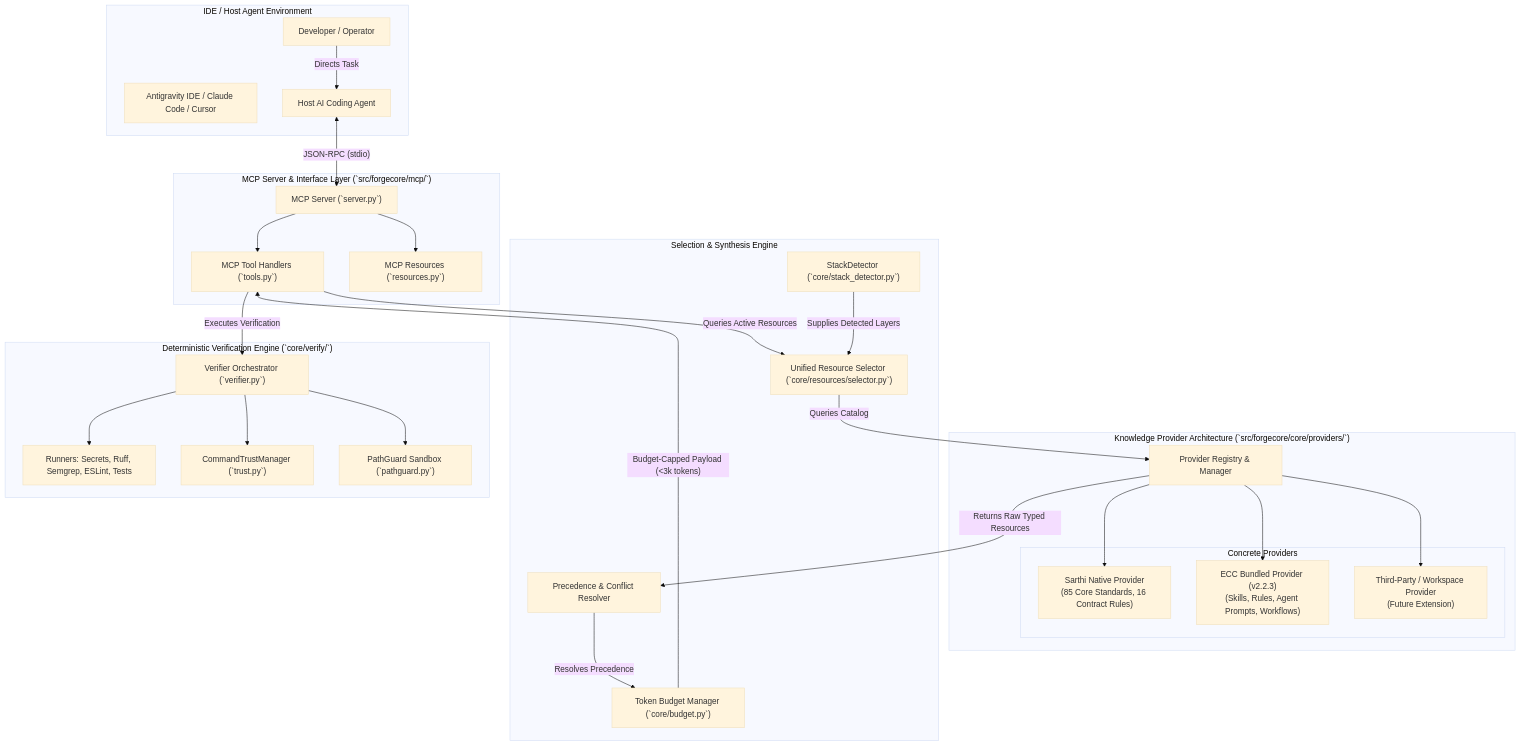
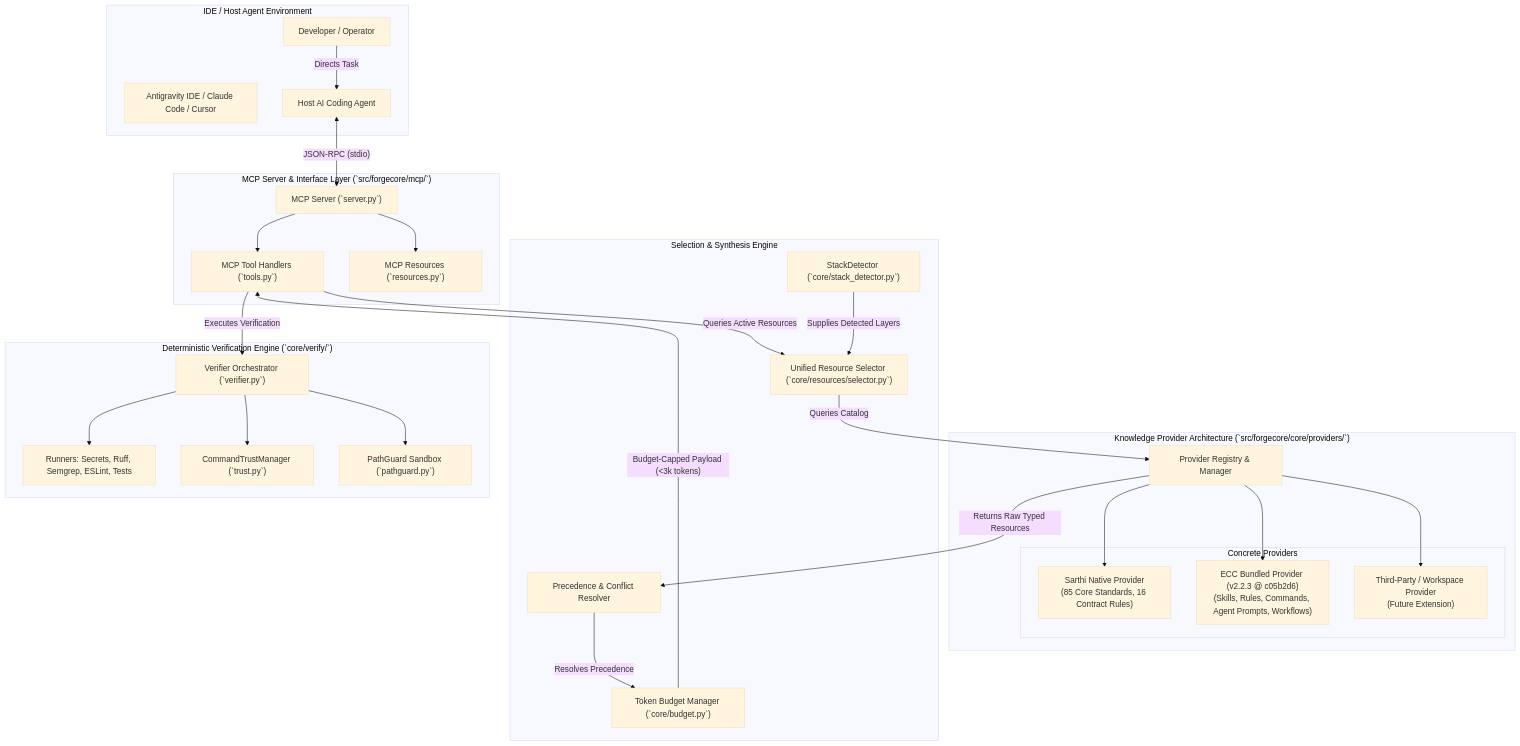
Before and after one commit to Mayurkhalse/ForgeCore: the first of 3 diagrams in docs/architecture/ECC_INTEGRATION_DESIGN.md, drawn with Mermaid (base theme). The commit also changed other lines of this file, not shown here.

Commit message:
docs(architecture): reconcile ECC integration design with verified commit and precedence

````diff
--- a/docs/architecture/ECC_INTEGRATION_DESIGN.md
+++ b/docs/architecture/ECC_INTEGRATION_DESIGN.md
@@ -32,61 +35,61 @@
 ```mermaid
 flowchart TD
     subgraph HostEnvironment["IDE / Host Agent Environment"]
         User["Developer / Operator"]
         IDE["Antigravity IDE / Claude Code / Cursor"]
         Agent["Host AI Coding Agent"]
     end
 
     subgraph IntegrationLayer["MCP Server & Interface Layer (`src/forgecore/mcp/`)"]
         MCPServer["MCP Server (`server.py`)"]
         ToolHandlers["MCP Tool Handlers (`tools.py`)"]
         ResourceEndpoints["MCP Resources (`resources.py`)"]
     end
 
     subgraph ProviderLayer["Knowledge Provider Architecture (`src/forgecore/core/providers/`)"]
         ProviderRegistry["Provider Registry & Manager"]
         
         subgraph Providers["Concrete Providers"]
             NativeProv["Sarthi Native Provider<br/>(85 Core Standards, 16 Contract Rules)"]
-            ECCProv["ECC Bundled Provider (v2.2.3)<br/>(Skills, Rules, Agent Prompts, Workflows)"]
+            ECCProv["ECC Bundled Provider (v2.2.3 @ c05b2d6)<br/>(Skills, Rules, Commands, Agent Prompts, Workflows)"]
             CustomProv["Third-Party / Workspace Provider<br/>(Future Extension)"]
         end
     end
 
     subgraph SelectionEngine["Selection & Synthesis Engine"]
         StackDetector["StackDetector (`core/stack_detector.py`)"]
         ResourceSelector["Unified Resource Selector (`core/resources/selector.py`)"]
         ConflictEngine["Precedence & Conflict Resolver"]
         BudgetManager["Token Budget Manager (`core/budget.py`)"]
     end
 
     subgraph VerificationSubsystem["Deterministic Verification Engine (`core/verify/`)"]
         Verifier["Verifier Orchestrator (`verifier.py`)"]
         Runners["Runners: Secrets, Ruff, Semgrep, ESLint, Tests"]
         Trust["CommandTrustManager (`trust.py`)"]
         PathGuard["PathGuard Sandbox (`pathguard.py`)"]
     end
 
     %% Interactions
     User -->|"Directs Task"| Agent
     Agent <-->|"JSON-RPC (stdio)"| MCPServer
     MCPServer --> ToolHandlers
     MCPServer --> ResourceEndpoints
 
     ToolHandlers -->|"Queries Active Resources"| ResourceSelector
     StackDetector -->|"Supplies Detected Layers"| ResourceSelector
     
     ResourceSelector -->|"Queries Catalog"| ProviderRegistry
     ProviderRegistry --> NativeProv
     ProviderRegistry --> ECCProv
     ProviderRegistry --> CustomProv
 
     ProviderRegistry -->|"Returns Raw Typed Resources"| ConflictEngine
     ConflictEngine -->|"Resolves Precedence"| BudgetManager
     BudgetManager -->|"Budget-Capped Payload (<3k tokens)"| ToolHandlers
 
     ToolHandlers -->|"Executes Verification"| Verifier
     Verifier --> PathGuard
     Verifier --> Trust
     Verifier --> Runners
 ```
````
